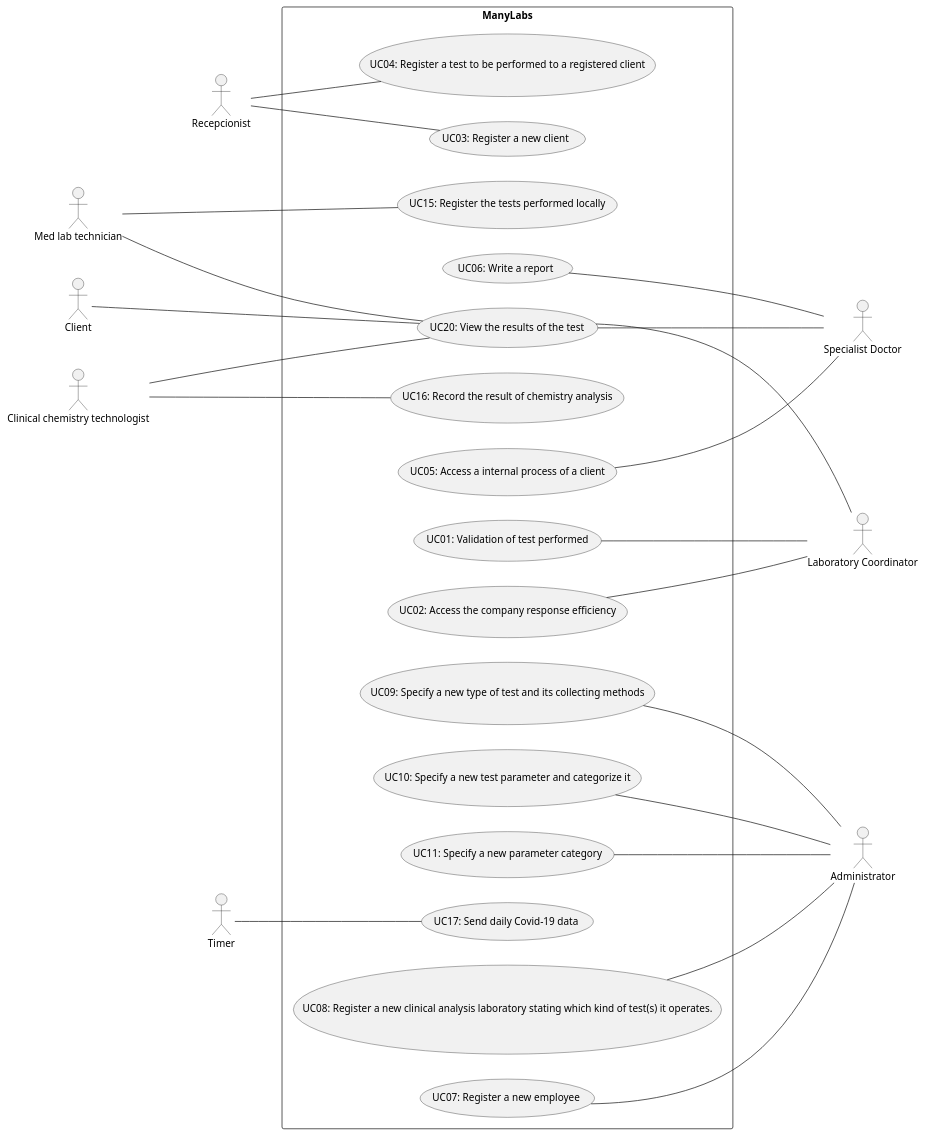
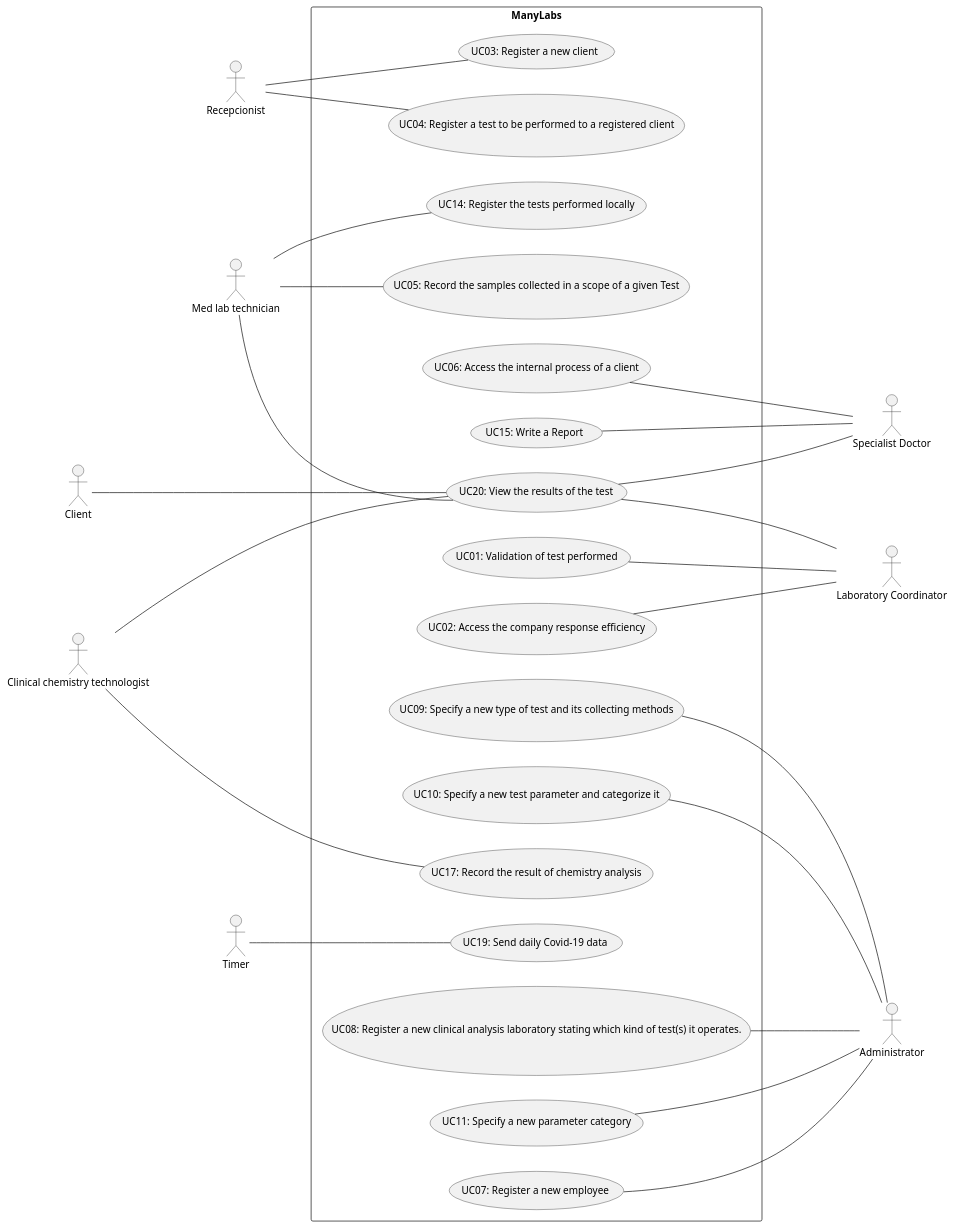
The diagram in docs/SprintB/UCD/UCD.puml (manu-07-ela/LAPR2_ISEP), drawn with PlantUML before and after one commit. The commit also changed 3 other files, not shown here.

```diff
--- a/docs/SprintB/UCD/UCD.puml
+++ b/docs/SprintB/UCD/UCD.puml
@@ -1,60 +1,61 @@
 @startuml
 'https://plantuml.com/use-case-diagram
 left to right direction
 actor "Administrator" as Adm
 actor "Recepcionist" as Recp
 actor "Med lab technician" as MedLab
 actor "Clinical chemistry technologist" as ClinTec
 actor "Specialist Doctor" as Doc
 actor "Laboratory Coordinator" as LabCod
 actor "Timer" as Timer
 actor "Client" as Client
 
 
 rectangle ManyLabs{
 
 usecase "UC03: Register a new client" as UC03
 usecase "UC20: View the results of the test" as UC20
 usecase "UC04: Register a test to be performed to a registered client" as UC04
-usecase "UC15: Register the tests performed locally" as UC15
-usecase "UC16: Record the result of chemistry analysis" as UC16
+usecase "UC14: Register the tests performed locally" as UC14
+usecase "UC17: Record the result of chemistry analysis" as UC17
 usecase "UC09: Specify a new type of test and its collecting methods" as UC09
 usecase "UC10: Specify a new test parameter and categorize it" as UC10
 usecase "UC11: Specify a new parameter category" as UC11
-usecase "UC06: Write a report" as UC06
+usecase "UC06: Access the internal process of a client" as UC06
 usecase "UC01: Validation of test performed" as UC01
 usecase "UC02: Access the company response efficiency" as UC02
-usecase "UC05: Access a internal process of a client" as UC05
-usecase "UC17: Send daily Covid-19 data" as UC17
+usecase "UC05: Record the samples collected in a scope of a given Test" as UC05
+usecase "UC19: Send daily Covid-19 data" as UC19
 usecase "UC07: Register a new employee" as UC07
 usecase "UC08: Register a new clinical analysis laboratory stating which kind of test(s) it operates." as UC08
-
+usecase "UC15: Write a Report" as UC15
 }
 
 Recp -- UC03
 Recp -- UC04
 Client --- UC20
-MedLab -- UC15
+MedLab -- UC14
 MedLab --- UC20
 ClinTec --- UC20
-ClinTec -- UC16
+ClinTec -- UC17
 UC07 --- Adm
 UC08 --- Adm
 UC09 --- Adm
 UC11 --- Adm
 UC10 --- Adm
-UC05 --- Doc
+UC05 --- MedLab
 UC06 --- Doc
 UC20 --- Doc
+UC15 --- Doc
 UC01 --- LabCod
 UC02 --- LabCod
 UC20 -- LabCod
-Timer -- UC17
+Timer -- UC19
 
 
 
 
 
 
 
 @enduml
```
